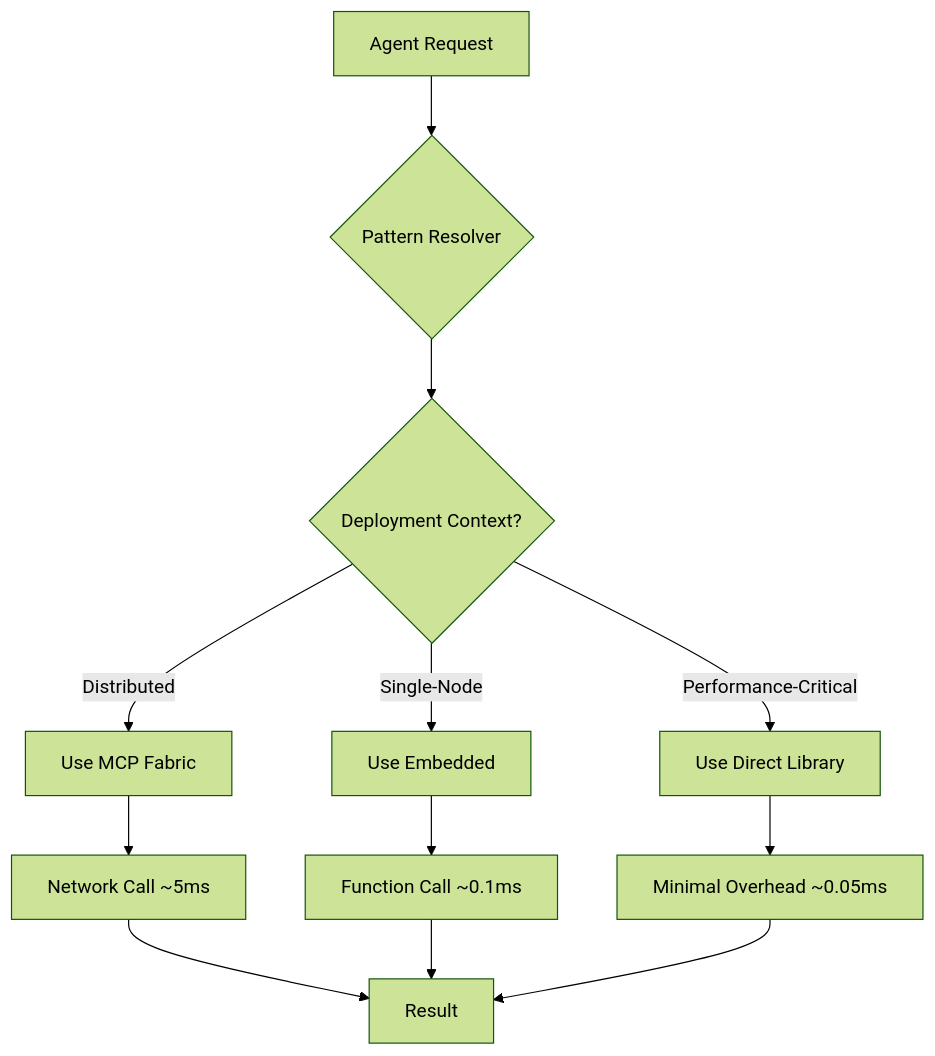
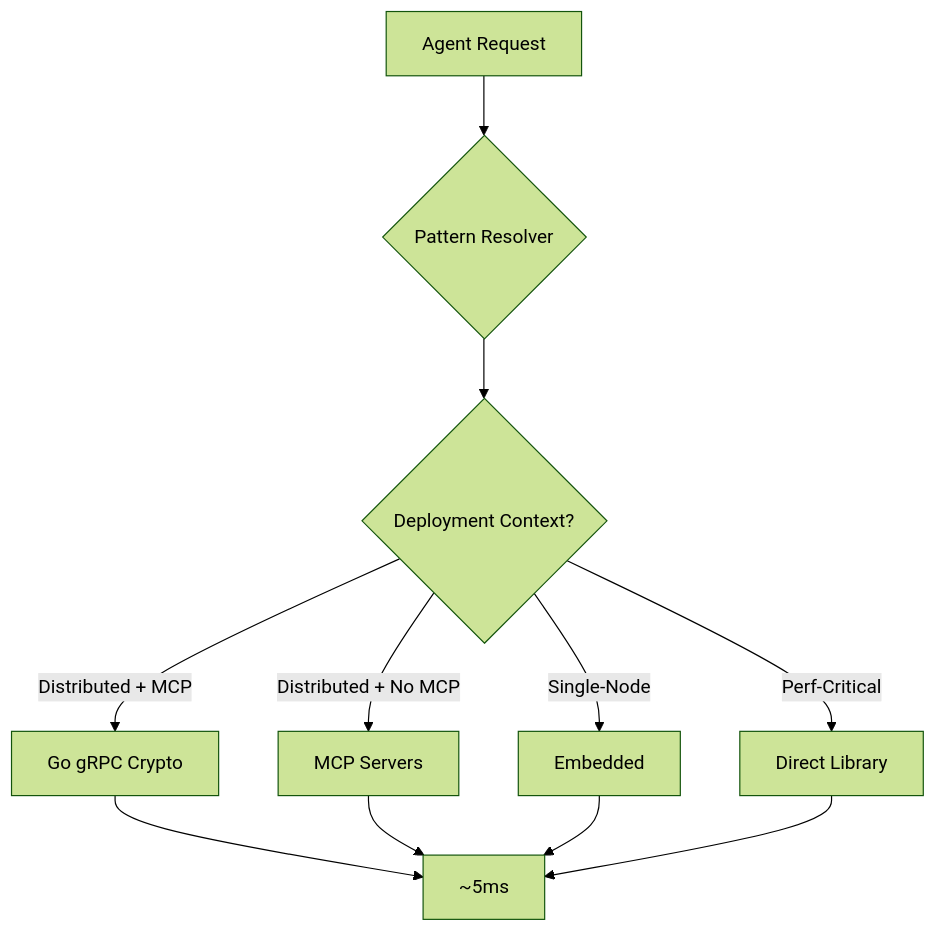
One commit to Replicant-Partners/Chrysalis changed the third of 8 diagrams in ARCHITECTURE.md. Above: the diagram before and after it, drawn with Mermaid (forest theme). The commit also changed other lines of this file and 8 other files, not shown here.

````diff
--- a/ARCHITECTURE.md
+++ b/ARCHITECTURE.md
@@ -111,17 +111,13 @@
 ```mermaid
 flowchart TD
     A[Agent Request] --> B{Pattern Resolver}
     B --> C{Deployment Context?}
-    
-    C -->|Distributed| D[Use MCP Fabric]
-    C -->|Single-Node| E[Use Embedded]
-    C -->|Performance-Critical| F[Use Direct Library]
-    
-    D --> G[Network Call ~5ms]
-    E --> H[Function Call ~0.1ms]
-    F --> I[Minimal Overhead ~0.05ms]
-    
-    G --> J[Result]
-    H --> J
-    I --> J
+    C -->|Distributed + MCP| D[Go gRPC Crypto]
+    C -->|Distributed + No MCP| E[MCP Servers]
+    C -->|Single-Node| F[Embedded]
+    C -->|Perf-Critical| G[Direct Library]
+    D --> H[~5ms]
+    E --> H
+    F --> H
+    G --> H
 ```
````
